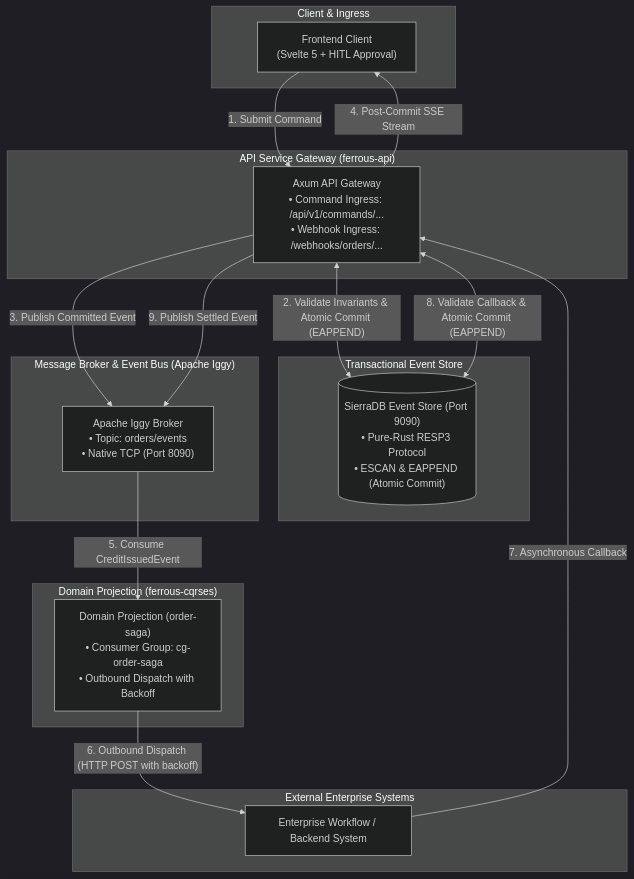
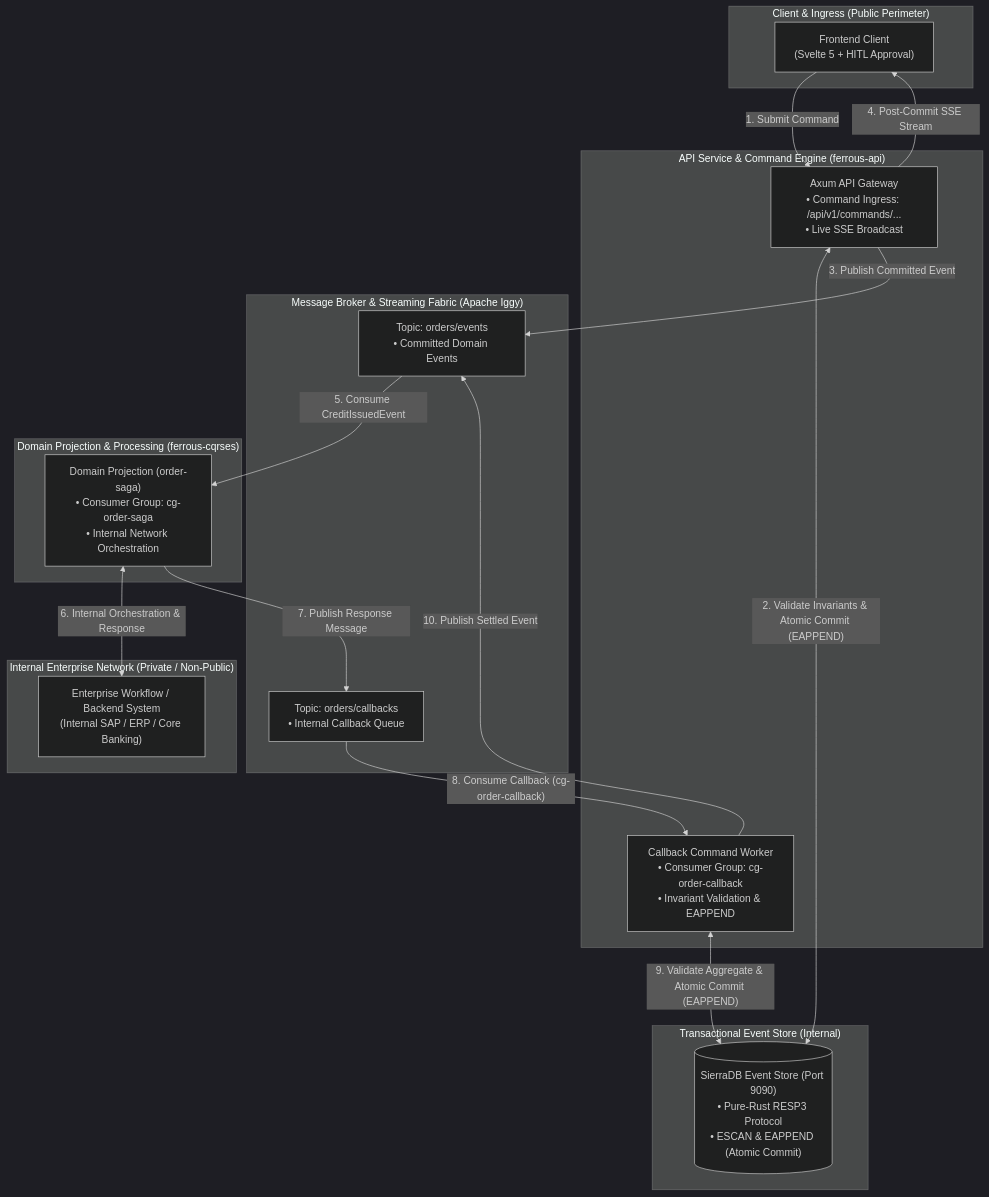
The first of 2 diagrams in README.md (reidlai/ferrous-cx), drawn with Mermaid (dark theme) before and after one commit. The commit also changed other lines of this file, not shown here.

Commit message:
docs(architecture): document internal enterprise network orchestration via Domain Projection and Iggy callback topic

````diff
--- a/README.md
+++ b/README.md
@@ -40,41 +40,44 @@
 ```mermaid
 flowchart TD
-    subgraph Client_Layer ["Client & Ingress"]
+    subgraph Client_Layer ["Client & Ingress (Public Perimeter)"]
         Client["Frontend Client<br/>(Svelte 5 + HITL Approval)"]
     end
 
-    subgraph API_Gateway ["API Service Gateway (ferrous-api)"]
-        ApiService["Axum API Gateway<br/>• Command Ingress: /api/v1/commands/...<br/>• Webhook Ingress: /webhooks/orders/..."]
+    subgraph API_Gateway ["API Service & Command Engine (ferrous-api)"]
+        ApiService["Axum API Gateway<br/>• Command Ingress: /api/v1/commands/...<br/>• Live SSE Broadcast"]
+        CallbackService["Callback Command Worker<br/>• Consumer Group: cg-order-callback<br/>• Invariant Validation & EAPPEND"]
     end
 
-    subgraph Event_Store ["Transactional Event Store"]
+    subgraph Event_Store ["Transactional Event Store (Internal)"]
         SierraDB[("SierraDB Event Store (Port 9090)<br/>• Pure-Rust RESP3 Protocol<br/>• ESCAN & EAPPEND (Atomic Commit)")]
     end
 
-    subgraph Event_Bus ["Message Broker & Event Bus (Apache Iggy)"]
-        Iggy["Apache Iggy Broker<br/>• Topic: orders/events<br/>• Native TCP (Port 8090)"]
+    subgraph Event_Bus ["Message Broker & Streaming Fabric (Apache Iggy)"]
+        IggyEvents["Topic: orders/events<br/>• Committed Domain Events"]
+        IggyCallbacks["Topic: orders/callbacks<br/>• Internal Callback Queue"]
     end
 
-    subgraph Projection_Tier ["Domain Projection (ferrous-cqrses)"]
-        DomainProjection["Domain Projection (order-saga)<br/>• Consumer Group: cg-order-saga<br/>• Outbound Dispatch with Backoff"]
+    subgraph Internal_Processing ["Domain Projection & Processing (ferrous-cqrses)"]
+        DomainProjection["Domain Projection (order-saga)<br/>• Consumer Group: cg-order-saga<br/>• Internal Network Orchestration"]
     end
 
-    subgraph External_Enterprise ["External Enterprise Systems"]
-        EnterpriseWorkflow["Enterprise Workflow / Backend System"]
+    subgraph Internal_Enterprise ["Internal Enterprise Network (Private / Non-Public)"]
+        EnterpriseWorkflow["Enterprise Workflow / Backend System<br/>(Internal SAP / ERP / Core Banking)"]
     end
 
     %% Command Lifecycle Flow
     Client -->|"1. Submit Command"| ApiService
     ApiService <-->|"2. Validate Invariants & Atomic Commit (EAPPEND)"| SierraDB
-    ApiService -->|"3. Publish Committed Event"| Iggy
+    ApiService -->|"3. Publish Committed Event"| IggyEvents
     ApiService -->|"4. Post-Commit SSE Stream"| Client
 
-    %% Domain Projection Outbound Dispatch
-    Iggy -->|"5. Consume CreditIssuedEvent"| DomainProjection
-    DomainProjection -->|"6. Outbound Dispatch (HTTP POST with backoff)"| EnterpriseWorkflow
+    %% Domain Projection Internal Orchestration
+    IggyEvents -->|"5. Consume CreditIssuedEvent"| DomainProjection
+    DomainProjection <-->|"6. Internal Orchestration & Response"| EnterpriseWorkflow
 
-    %% Asynchronous Webhook Callback Flow
-    EnterpriseWorkflow -->|"7. Asynchronous Callback"| ApiService
-    ApiService <-->|"8. Validate Callback & Atomic Commit (EAPPEND)"| SierraDB
-    ApiService -->|"9. Publish Settled Event"| Iggy
+    %% Internal Queue Callback Flow
+    DomainProjection -->|"7. Publish Response Message"| IggyCallbacks
+    IggyCallbacks -->|"8. Consume Callback (cg-order-callback)"| CallbackService
+    CallbackService <-->|"9. Validate Aggregate & Atomic Commit (EAPPEND)"| SierraDB
+    CallbackService -->|"10. Publish Settled Event"| IggyEvents
 ```
````
